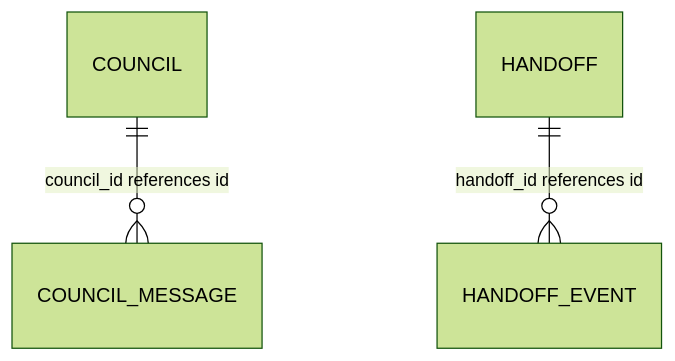
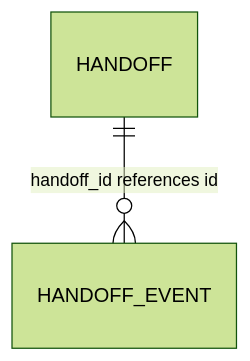
The diagram in docs/data-model/governance.md (VKirill/bb-plugin-lane-pilot), drawn with Mermaid (forest theme) before and after one commit. The commit also changed other lines of this file and 4392 other files, not shown here.

First line of the commit message:
feat: pause, prune, one scheduler, one architecture (0.1.610)

````diff
--- a/docs/data-model/governance.md
+++ b/docs/data-model/governance.md
@@ -25,5 +21,4 @@
 ```mermaid
 erDiagram
-  COUNCIL ||--o{ COUNCIL_MESSAGE : "council_id references id"
   HANDOFF ||--o{ HANDOFF_EVENT : "handoff_id references id"
 ```
````
